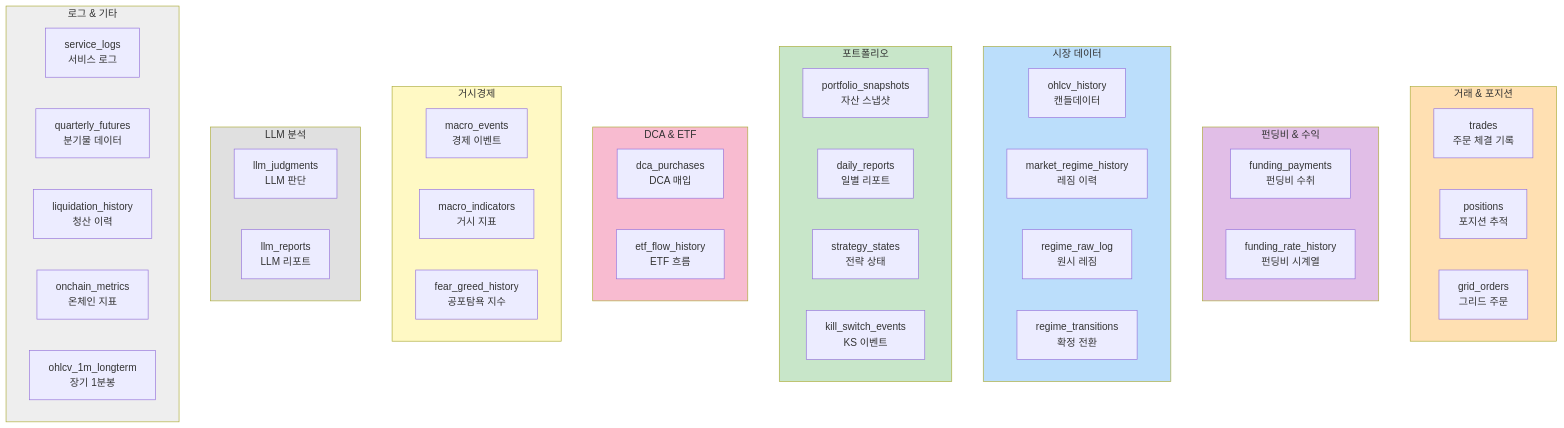
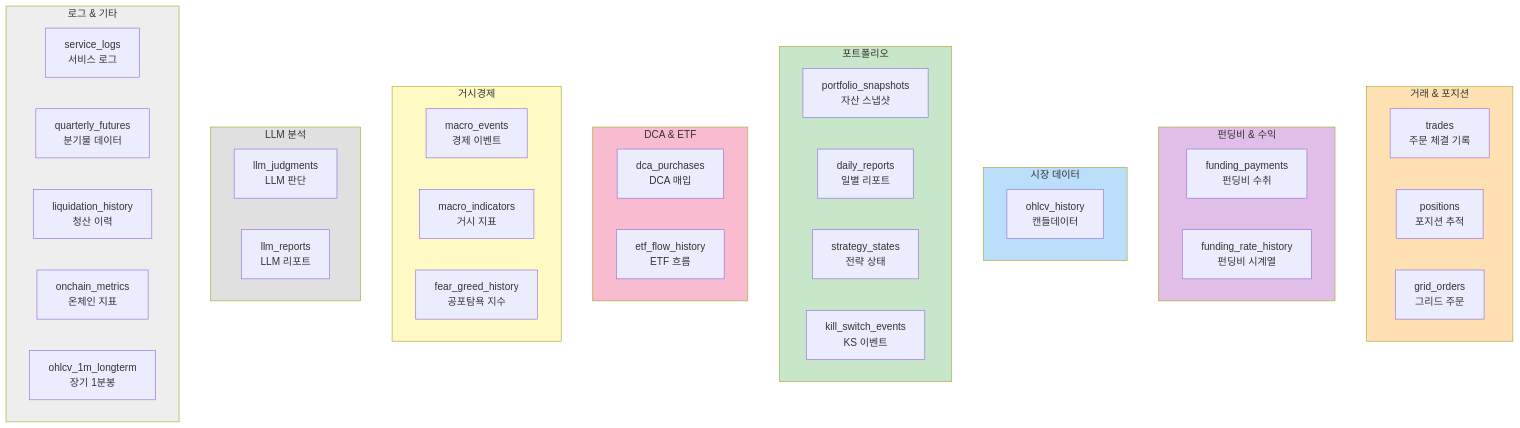
The second of 4 diagrams in docs/architecture/database-schema.md (Justant-source/Bit-Mania), drawn with Mermaid before and after one commit. The commit also changed other lines of this file and 5 other files, not shown here.

````diff
--- a/docs/architecture/database-schema.md
+++ b/docs/architecture/database-schema.md
@@ -62,60 +62,57 @@
 ```mermaid
 graph TB
     subgraph trades_pos["거래 & 포지션"]
         trades["trades<br>주문 체결 기록"]
         positions["positions<br>포지션 추적"]
         orders["grid_orders<br>그리드 주문"]
     end
     
     subgraph funding["펀딩비 & 수익"]
         funding_pay["funding_payments<br>펀딩비 수취"]
         funding_rate["funding_rate_history<br>펀딩비 시계열"]
     end
     
     subgraph market["시장 데이터"]
         ohlcv["ohlcv_history<br>캔들데이터"]
-        regime["market_regime_history<br>레짐 이력"]
-        regime_raw["regime_raw_log<br>원시 레짐"]
-        regime_trans["regime_transitions<br>확정 전환"]
     end
     
     subgraph portfolio["포트폴리오"]
         snapshots["portfolio_snapshots<br>자산 스냅샷"]
         daily["daily_reports<br>일별 리포트"]
         states["strategy_states<br>전략 상태"]
         ks_events["kill_switch_events<br>KS 이벤트"]
     end
     
     subgraph dca_data["DCA & ETF"]
         dca_pur["dca_purchases<br>DCA 매입"]
         etf["etf_flow_history<br>ETF 흐름"]
     end
     
     subgraph macro["거시경제"]
         macro_evt["macro_events<br>경제 이벤트"]
         macro_ind["macro_indicators<br>거시 지표"]
         fg_hist["fear_greed_history<br>공포탐욕 지수"]
     end
     
     subgraph llm_data["LLM 분석"]
         llm_judge["llm_judgments<br>LLM 판단"]
         llm_report["llm_reports<br>LLM 리포트"]
     end
     
     subgraph logs["로그 & 기타"]
         service_logs["service_logs<br>서비스 로그"]
         qf["quarterly_futures<br>분기물 데이터"]
         liq["liquidation_history<br>청산 이력"]
         onchain["onchain_metrics<br>온체인 지표"]
         ohlcv_1m["ohlcv_1m_longterm<br>장기 1분봉"]
     end
     
     style trades_pos fill:#FFE0B2
     style funding fill:#E1BEE7
     style market fill:#BBDEFB
     style portfolio fill:#C8E6C9
     style dca_data fill:#F8BBD0
     style macro fill:#FFF9C4
     style llm_data fill:#E0E0E0
     style logs fill:#EEEEEE
 ```
````
